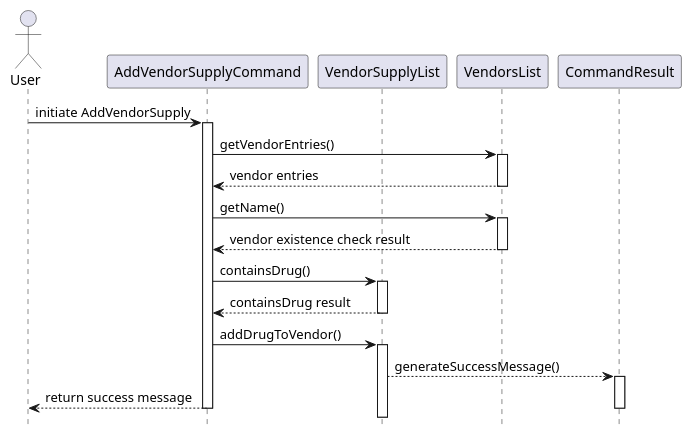
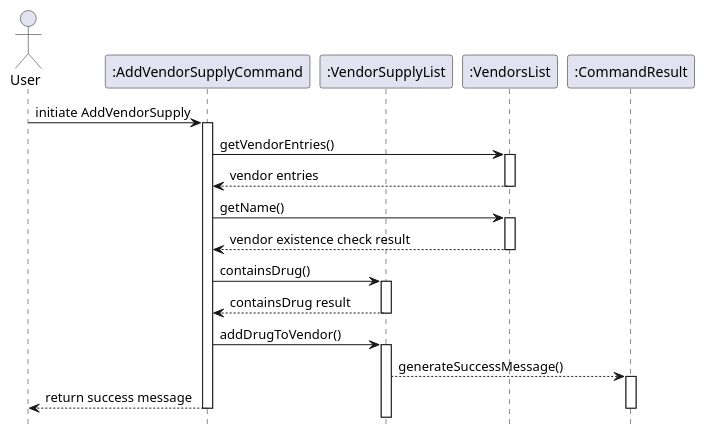
The diagram in docs/UML Diagrams/AddVendorSupplyDiagram.puml (nus-cs2113-AY2324S1/tp), drawn with PlantUML before and after one commit. The commit also changed 15 other files, not shown here.

```diff
--- a/docs/UML Diagrams/AddVendorSupplyDiagram.puml
+++ b/docs/UML Diagrams/AddVendorSupplyDiagram.puml
@@ -1,39 +1,40 @@
 @startuml
 
 hide footbox
 actor User
-participant AddVendorSupplyCommand
-participant VendorSupplyList
-participant VendorsList
+participant ":AddVendorSupplyCommand" as AddVendorSupplyCommand
+participant ":VendorSupplyList" as VendorSupplyList
+participant ":VendorsList" as VendorsList
+participant ":CommandResult" as CommandResult
 
 User -> AddVendorSupplyCommand: initiate AddVendorSupply
 Activate AddVendorSupplyCommand
 
 AddVendorSupplyCommand -> VendorsList: getVendorEntries()
 Activate VendorsList
 
 VendorsList --> AddVendorSupplyCommand: vendor entries
 Deactivate VendorsList
 
 AddVendorSupplyCommand -> VendorsList: getName()
 Activate VendorsList
 
 VendorsList --> AddVendorSupplyCommand: vendor existence check result
 Deactivate VendorsList
 AddVendorSupplyCommand -> VendorSupplyList: containsDrug()
 Activate VendorSupplyList
 
 VendorSupplyList --> AddVendorSupplyCommand: containsDrug result
 Deactivate VendorSupplyList
 
 AddVendorSupplyCommand -> VendorSupplyList: addDrugToVendor()
 Activate VendorSupplyList
 
 VendorSupplyList --> CommandResult: generateSuccessMessage()
 Activate CommandResult
 
 AddVendorSupplyCommand --> User: return success message
 Deactivate CommandResult
 
 Deactivate AddVendorSupplyCommand
 @enduml
```
